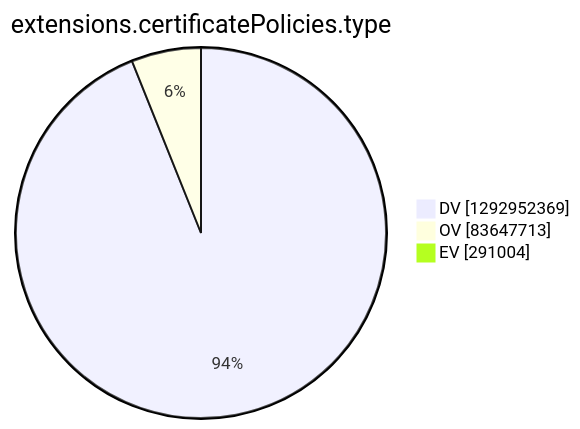
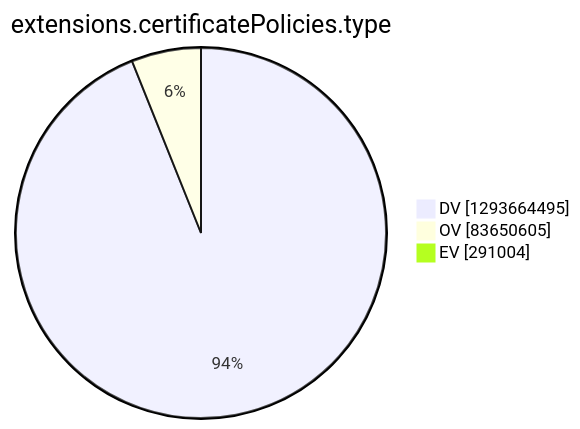
The tenth of 15 diagrams in argon2022/README.md (christiankrug/ctmonitor_visualization), drawn with Mermaid before and after one commit. The commit also changed other lines of this file, not shown here.

````diff
--- a/argon2022/README.md
+++ b/argon2022/README.md
@@ -2771,7 +2772,7 @@
 ```mermaid
 pie showData
 title extensions.certificatePolicies.type
-"DV" :1292952369
-"OV" :83647713
+"DV" :1293664495
+"OV" :83650605
 "EV" :291004
 ```
````
